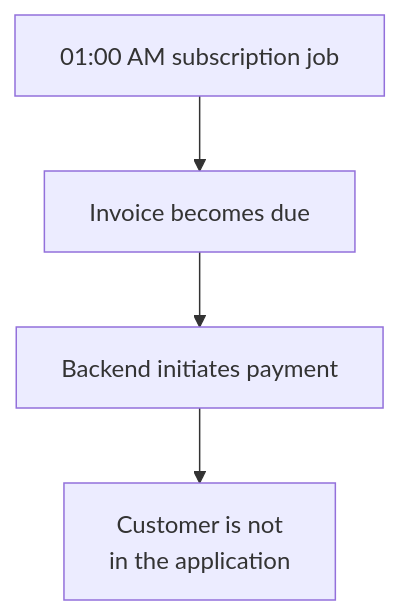
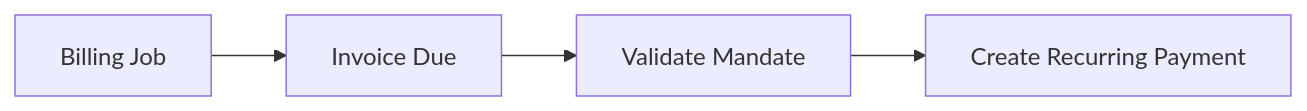
One commit to AvadhBhalodiya/Interview-Preparation changed the third of 14 diagrams in src/content/payments/mandates-recurring.md. Above: the diagram before and after it, drawn with Mermaid. The commit also changed other lines of this file and 54 other files, not shown here.

````diff
--- a/src/content/payments/mandates-recurring.md
+++ b/src/content/payments/mandates-recurring.md
@@ -281,6 +208,6 @@
 ```mermaid
-flowchart TD
-    JOB["01:00 AM subscription job"] --> DUE[Invoice becomes due]
-    DUE --> INIT[Backend initiates payment]
-    INIT --> ABSENT[Customer is not<br/>in the application]
+flowchart LR
+    J[Billing Job] --> I[Invoice Due]
+    I --> V[Validate Mandate]
+    V --> P[Create Recurring Payment]
 ```
````
